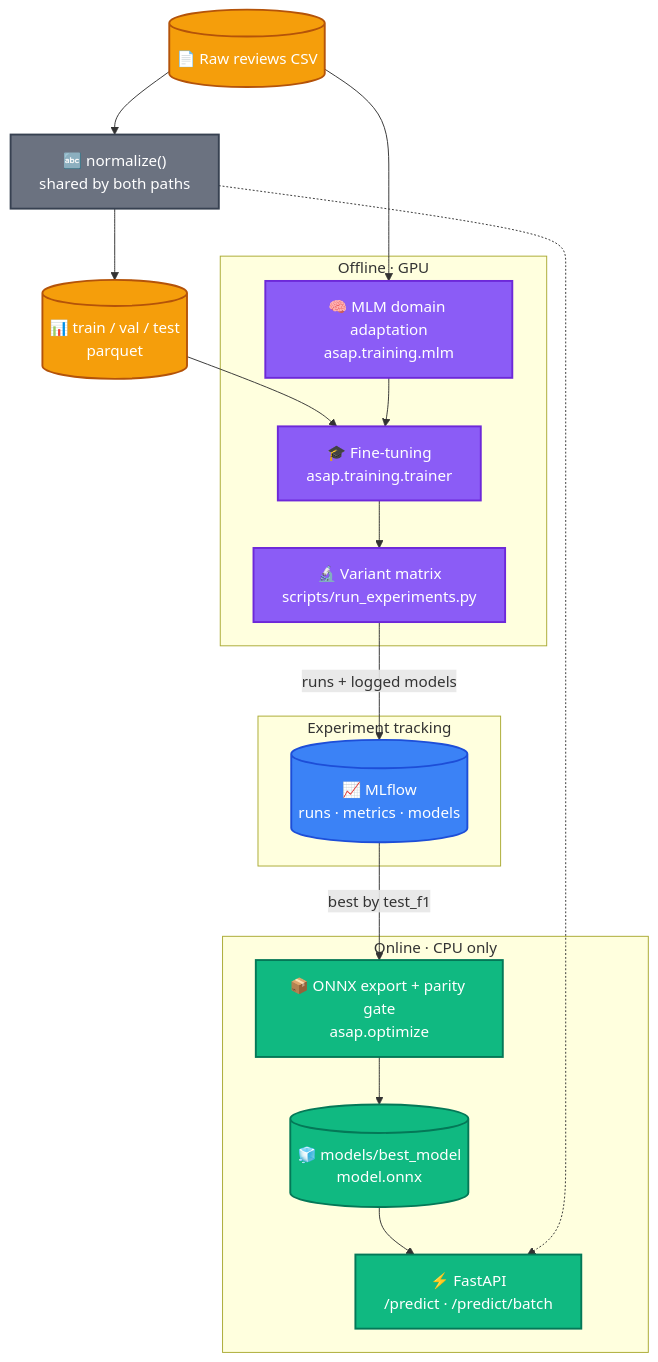
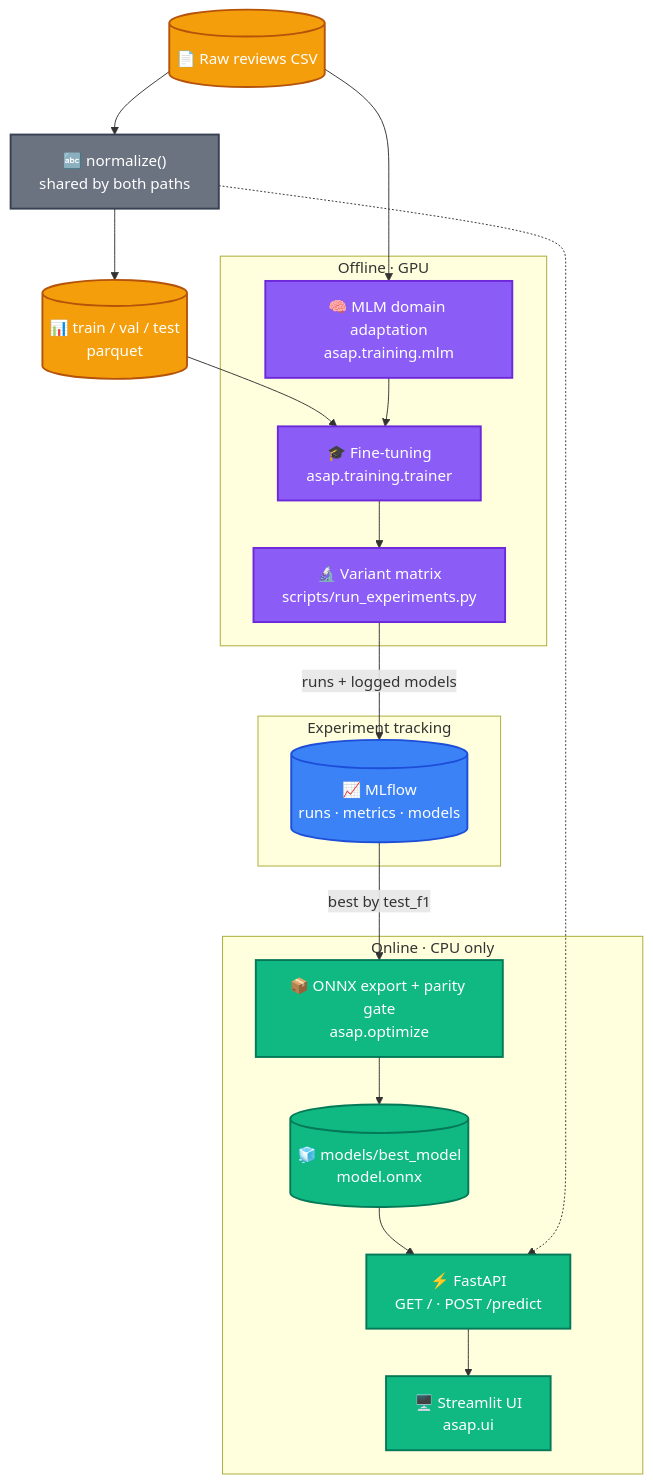
Before and after one commit to Asem-Saber/ASAP: the diagram in README.md, drawn with Mermaid. The commit also changed other lines of this file, not shown here.

Commit message:
document the streamlit ui and the container setup

````diff
--- a/README.md
+++ b/README.md
@@ -43,37 +40,38 @@
 ```mermaid
 graph TD
     classDef data fill:#f59e0b,stroke:#b45309,stroke-width:2px,color:#fff
     classDef train fill:#8b5cf6,stroke:#6d28d9,stroke-width:2px,color:#fff
     classDef track fill:#3b82f6,stroke:#1d4ed8,stroke-width:2px,color:#fff
     classDef serve fill:#10b981,stroke:#047857,stroke-width:2px,color:#fff
     classDef shared fill:#6b7280,stroke:#374151,stroke-width:2px,color:#fff
 
     Raw[("📄 Raw reviews CSV")]:::data
     Norm["🔤 normalize()<br>shared by both paths"]:::shared
     Splits[("📊 train / val / test<br>parquet")]:::data
 
     subgraph Training ["Offline · GPU"]
         MLM["🧠 MLM domain adaptation<br>asap.training.mlm"]:::train
         Trainer["🎓 Fine-tuning<br>asap.training.trainer"]:::train
         Experiments["🔬 Variant matrix<br>scripts/run_experiments.py"]:::train
     end
 
     subgraph Tracking ["Experiment tracking"]
         MLflow[("📈 MLflow<br>runs · metrics · models")]:::track
     end
 
     subgraph Serving ["Online · CPU only"]
         Export["📦 ONNX export + parity gate<br>asap.optimize"]:::serve
         Graph[("🧊 models/best_model<br>model.onnx")]:::serve
-        API["⚡ FastAPI<br>/predict · /predict/batch"]:::serve
+        API["⚡ FastAPI<br>GET / · POST /predict"]:::serve
+    UI["🖥️ Streamlit UI<br>asap.ui"]:::serve
     end
 
     Raw --> Norm --> Splits
     Splits --> Trainer
     Raw --> MLM --> Trainer
     Trainer --> Experiments
     Experiments -- "runs + logged models" --> MLflow
     MLflow -- "best by test_f1" --> Export
-    Export --> Graph --> API
+    Export --> Graph --> API --> UI
     Norm -.-> API
 ```
````
